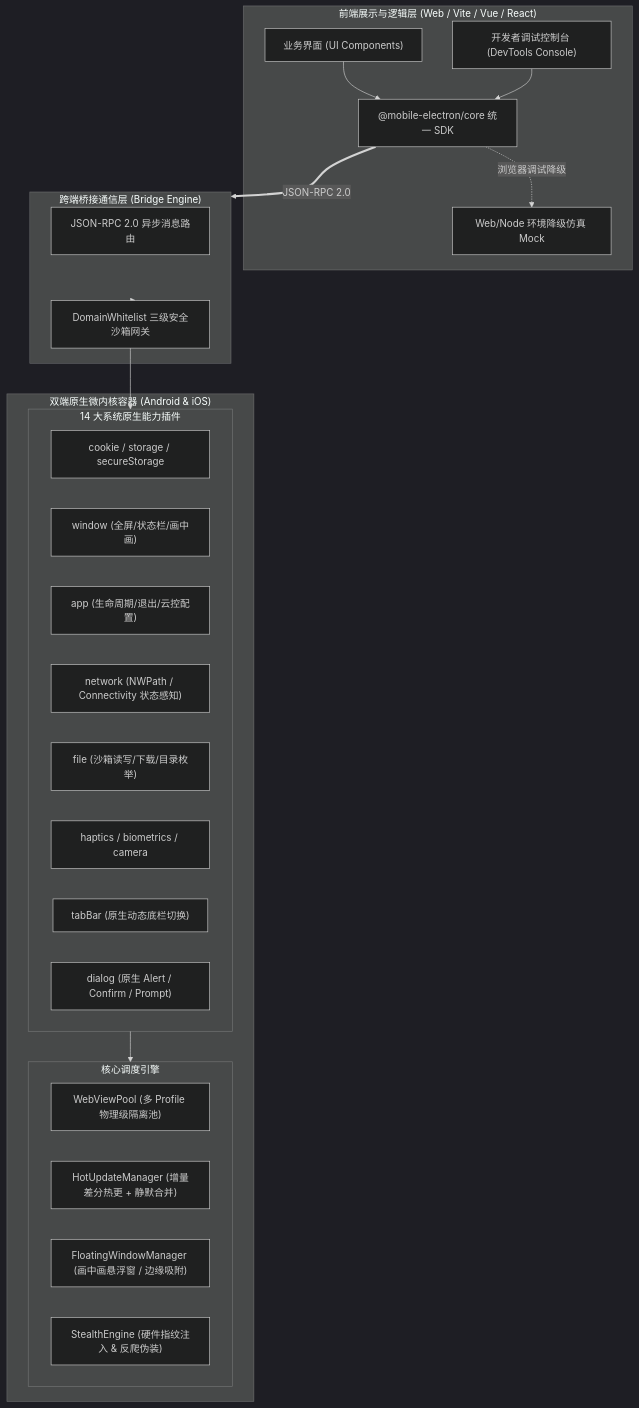
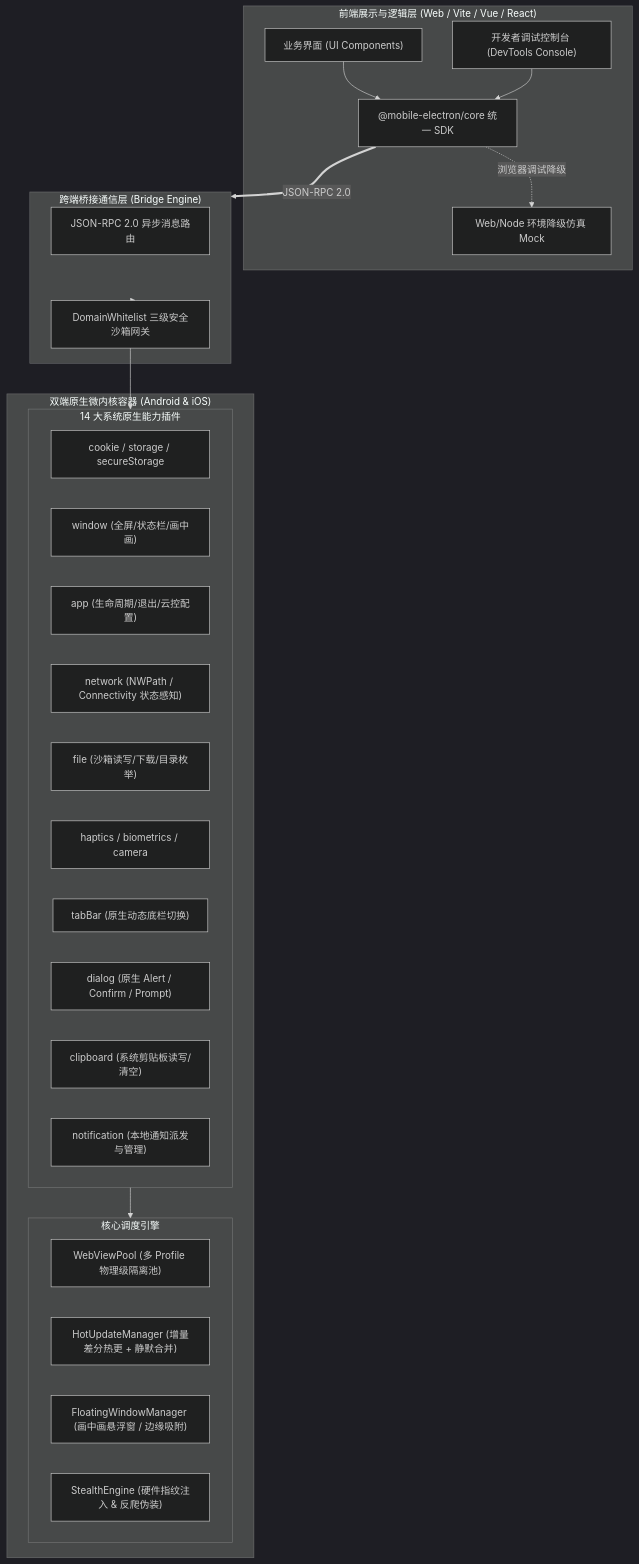
One commit to gplwzz1989/mobile-electron changed the diagram in docs/ARCHITECTURE_AND_DEVELOPER_GUIDE.md. Above: the diagram before and after it, drawn with Mermaid (dark theme). The commit also changed other lines of this file and 26 other files, not shown here.

Commit message:
feat(plugins): implement native clipboard and local notification modules with sdk bindings

````diff
--- a/docs/ARCHITECTURE_AND_DEVELOPER_GUIDE.md
+++ b/docs/ARCHITECTURE_AND_DEVELOPER_GUIDE.md
@@ -15,42 +15,44 @@
 ```mermaid
 flowchart TD
     subgraph Frontend["前端展示与逻辑层 (Web / Vite / Vue / React)"]
         UI["业务界面 (UI Components)"]
         Console["开发者调试控制台 (DevTools Console)"]
         SDK["@mobile-electron/core 统一 SDK"]
         MockEngine["Web/Node 环境降级仿真 Mock"]
     end
 
     subgraph BridgeLayer["跨端桥接通信层 (Bridge Engine)"]
         RPC["JSON-RPC 2.0 异步消息路由"]
         SecurityGateway["DomainWhitelist 三级安全沙箱网关"]
     end
 
     subgraph NativeContainer["双端原生微内核容器 (Android & iOS)"]
         subgraph CoreEngines["核心调度引擎"]
             WebViewPool["WebViewPool (多 Profile 物理级隔离池)"]
             HotUpdateMgr["HotUpdateManager (增量差分热更 + 静默合并)"]
             FloatWinMgr["FloatingWindowManager (画中画悬浮窗 / 边缘吸附)"]
             StealthEngine["StealthEngine (硬件指纹注入 & 反爬伪装)"]
         end
 
         subgraph Plugins["14 大系统原生能力插件"]
             P1["cookie / storage / secureStorage"]
             P2["window (全屏/状态栏/画中画)"]
             P3["app (生命周期/退出/云控配置)"]
             P4["network (NWPath / Connectivity 状态感知)"]
             P5["file (沙箱读写/下载/目录枚举)"]
             P6["haptics / biometrics / camera"]
             P7["tabBar (原生动态底栏切换)"]
             P8["dialog (原生 Alert / Confirm / Prompt)"]
+            P9["clipboard (系统剪贴板读写/清空)"]
+            P10["notification (本地通知派发与管理)"]
         end
     end
 
     UI --> SDK
     Console --> SDK
     SDK -.浏览器调试降级.-> MockEngine
     SDK ==JSON-RPC 2.0==> BridgeLayer
     BridgeLayer --> SecurityGateway
     SecurityGateway --> Plugins
     Plugins --> CoreEngines
 ```
````
